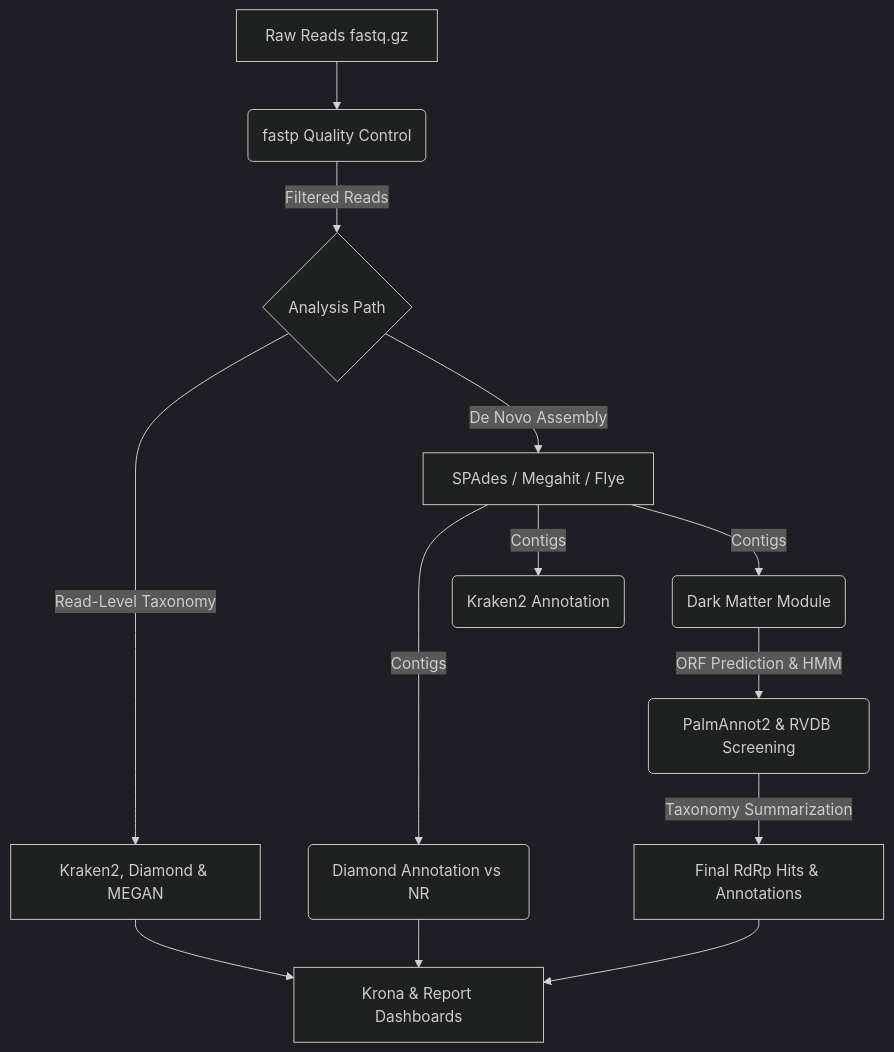
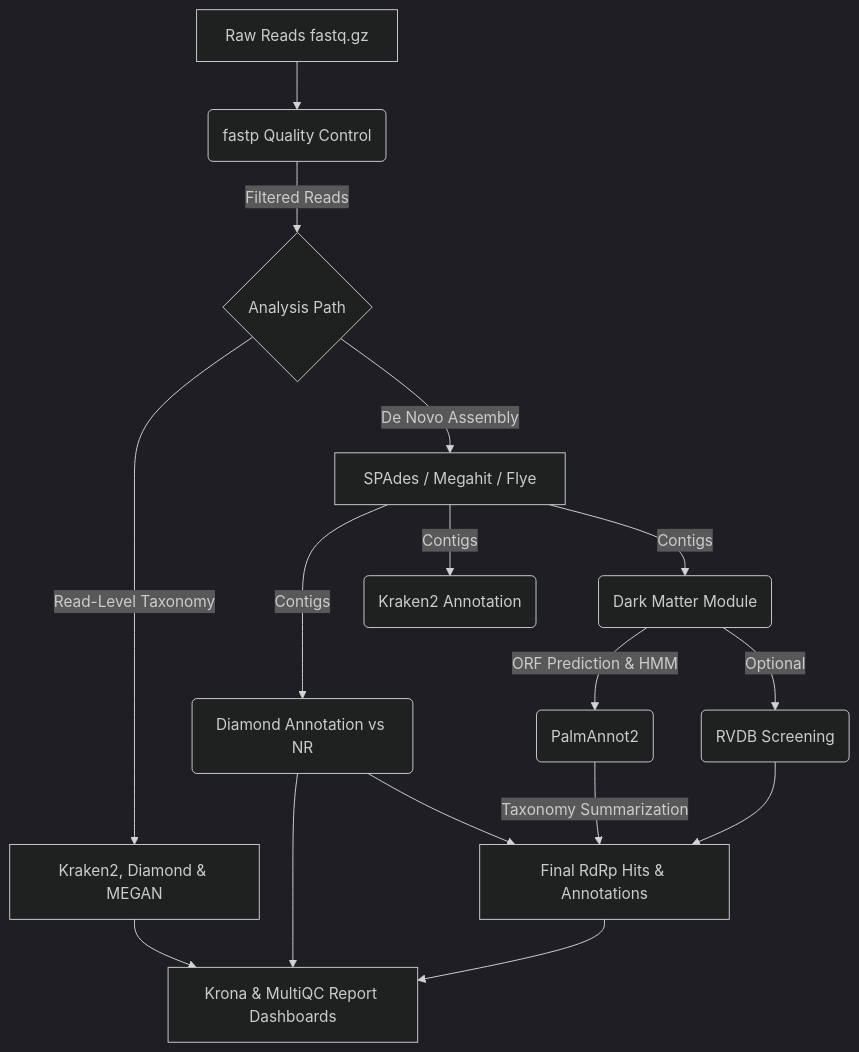
Before and after one commit to matheus-cosentino/NovaVir: the first of 2 diagrams in README.md, drawn with Mermaid (dark theme). The commit also changed other lines of this file and 10 other files, not shown here.

````diff
--- a/README.md
+++ b/README.md
@@ -32,18 +35,21 @@
 ```mermaid
 graph TD;
     A[Raw Reads fastq.gz] --> B(fastp Quality Control);
     B -->|Filtered Reads| C{Analysis Path};
     C -->|Read-Level Taxonomy| D[Kraken2, Diamond & MEGAN];
     C -->|De Novo Assembly| E[SPAdes / Megahit / Flye];
     
     E -->|Contigs| F(Diamond Annotation vs NR);
     E -->|Contigs| G(Kraken2 Annotation);
     E -->|Contigs| H(Dark Matter Module);
     
-    H -->|ORF Prediction & HMM| I(PalmAnnot2 & RVDB Screening);
-    I -->|Taxonomy Summarization| J[Final RdRp Hits & Annotations];
+    H -->|ORF Prediction & HMM| I(PalmAnnot2);
+    H -->|Optional| J(RVDB Screening);
+    I -->|Taxonomy Summarization| K[Final RdRp Hits & Annotations];
 
-    D --> K[Krona & Report Dashboards];
+    D --> L[Krona & MultiQC Report Dashboards];
+    F --> L;
+    K --> L;
     F --> K;
     J --> K;
 ```
````
